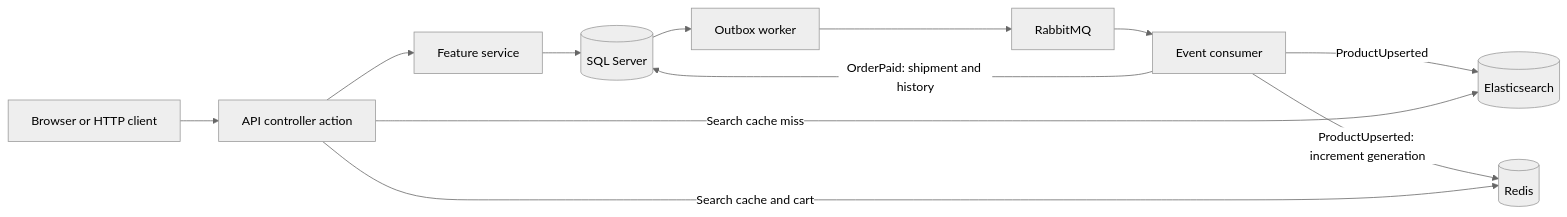
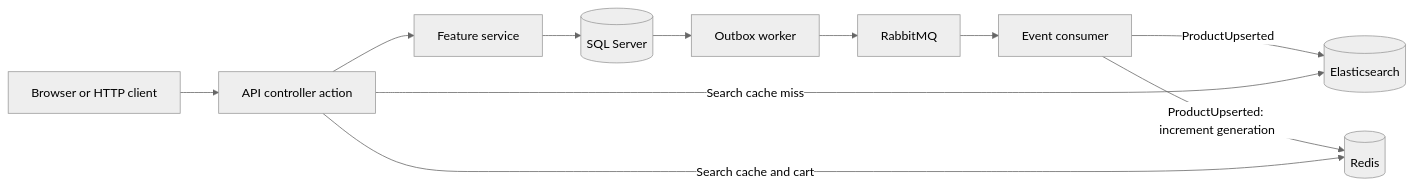
The diagram in docs/architecture.md (turingzhi/ecommerce), drawn with Mermaid (neutral theme) before and after one commit. The commit also changed other lines of this file and 78 other files, not shown here.

Commit message:
Remove shipment and return features while preserving schema

````diff
--- a/docs/architecture.md
+++ b/docs/architecture.md
@@ -25,14 +25,13 @@
 ```mermaid
 flowchart LR
     Client[Browser or HTTP client] --> Endpoint[API controller action]
     Endpoint --> Service[Feature service]
     Service --> SQL[(SQL Server)]
     SQL --> Outbox[Outbox worker]
     Outbox --> Rabbit[RabbitMQ]
     Rabbit --> Consumer[Event consumer]
-    Consumer -->|OrderPaid: shipment and history| SQL
     Consumer -->|ProductUpserted| Search[(Elasticsearch)]
     Consumer -->|ProductUpserted: increment generation| Redis[(Redis)]
     Endpoint -->|Search cache and cart| Redis
     Endpoint -->|Search cache miss| Search
 ```
````
